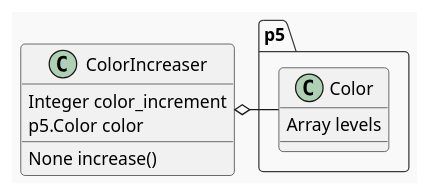
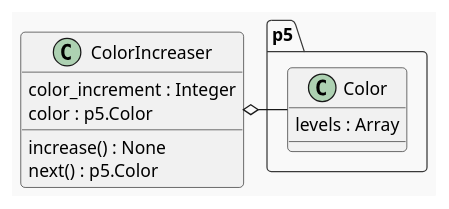
One commit to necromuralist/Ape-Iron changed the diagram in posts/testing-p5.org. Above: the diagram before and after it, drawn with PlantUML. The commit also changed other lines of this file and 4 other files, not shown here.

```diff
--- a/posts/testing-p5.org
+++ b/posts/testing-p5.org
@@ -205,9 +240,15 @@
 #+begin_src plantuml :file ../files/posts/bdd-testing-p5/color-increaser.png :exports none
 !theme mars
+class ColorIncreaser {
+  color_increment : Integer
+  color : p5.Color 
+  increase() : None 
+  next() : p5.Color 
+}
+
 ColorIncreaser o- p5.Color
-ColorIncreaser : Integer color_increment
-ColorIncreaser : p5.Color color
-ColorIncreaser : None increase()
 
-p5.Color : Array levels
+class p5.Color {
+  levels : Array
+}
 #+end_src
```
